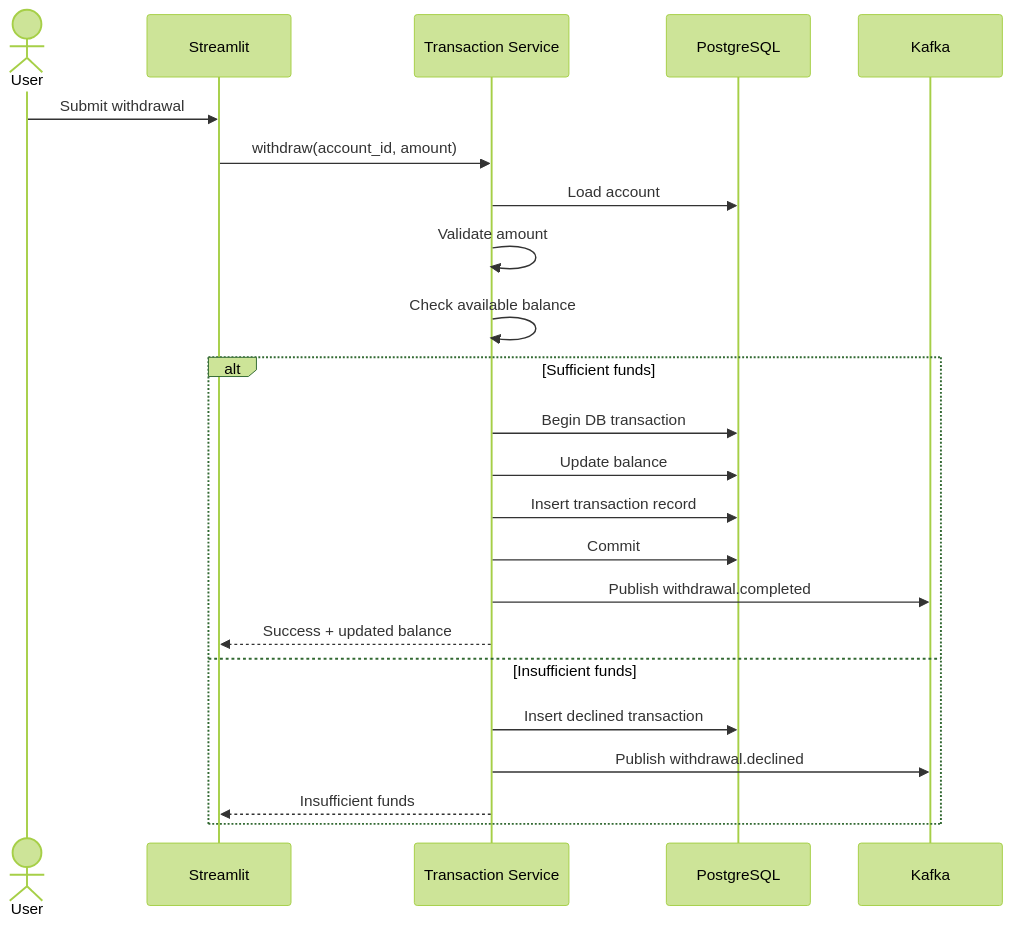
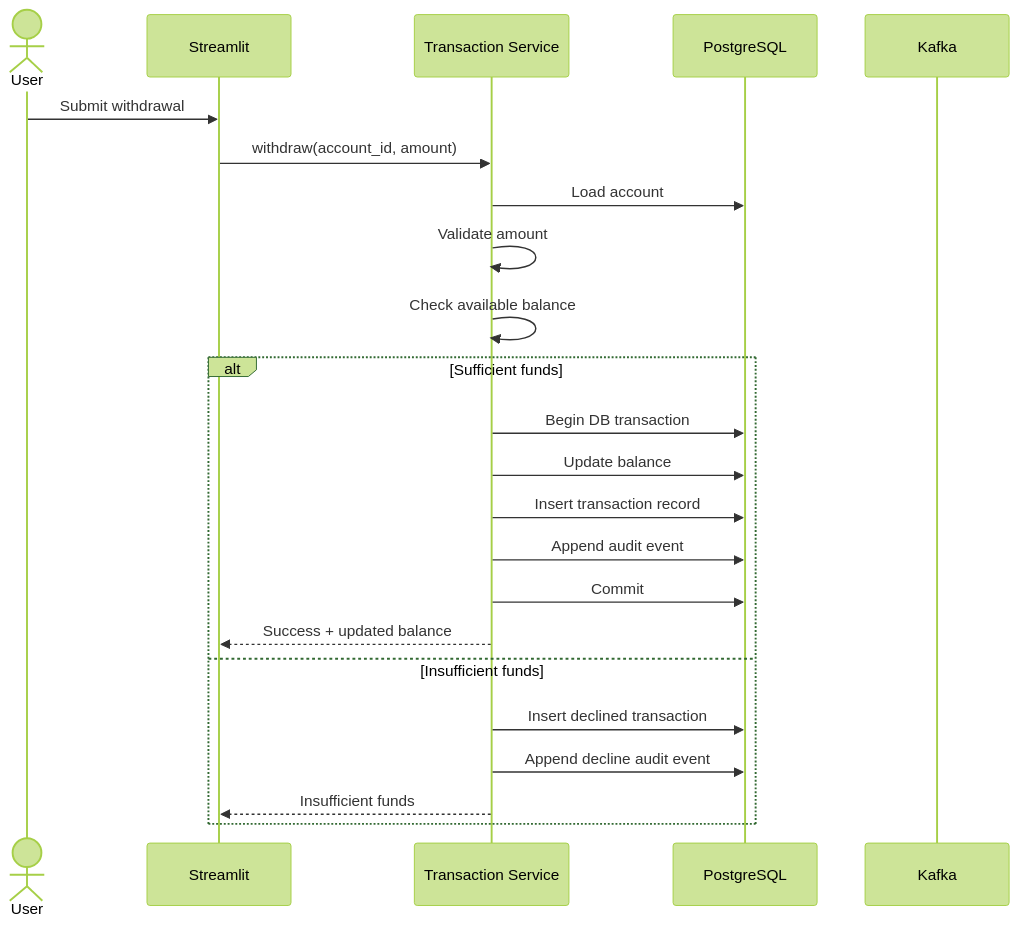
Before and after one commit to Shreyash2942/BankFlow: the fourth of 4 diagrams in docs/ARCHITECTURE.md, drawn with Mermaid (forest theme). The commit also changed other lines of this file and 16 other files, not shown here.

Commit message:
docs: record Day 6 transaction evidence and graph

````diff
--- a/docs/ARCHITECTURE.md
+++ b/docs/ARCHITECTURE.md
@@ -685,28 +685,28 @@
 ```mermaid
 sequenceDiagram
     actor User
     participant UI as Streamlit
     participant Txn as Transaction Service
     participant DB as PostgreSQL
     participant Kafka
 
     User->>UI: Submit withdrawal
     UI->>Txn: withdraw(account_id, amount)
     Txn->>DB: Load account
 
     Txn->>Txn: Validate amount
     Txn->>Txn: Check available balance
 
     alt Sufficient funds
         Txn->>DB: Begin DB transaction
         Txn->>DB: Update balance
         Txn->>DB: Insert transaction record
+        Txn->>DB: Append audit event
         Txn->>DB: Commit
-        Txn->>Kafka: Publish withdrawal.completed
         Txn-->>UI: Success + updated balance
     else Insufficient funds
         Txn->>DB: Insert declined transaction
-        Txn->>Kafka: Publish withdrawal.declined
+        Txn->>DB: Append decline audit event
         Txn-->>UI: Insufficient funds
     end
 ```
````
